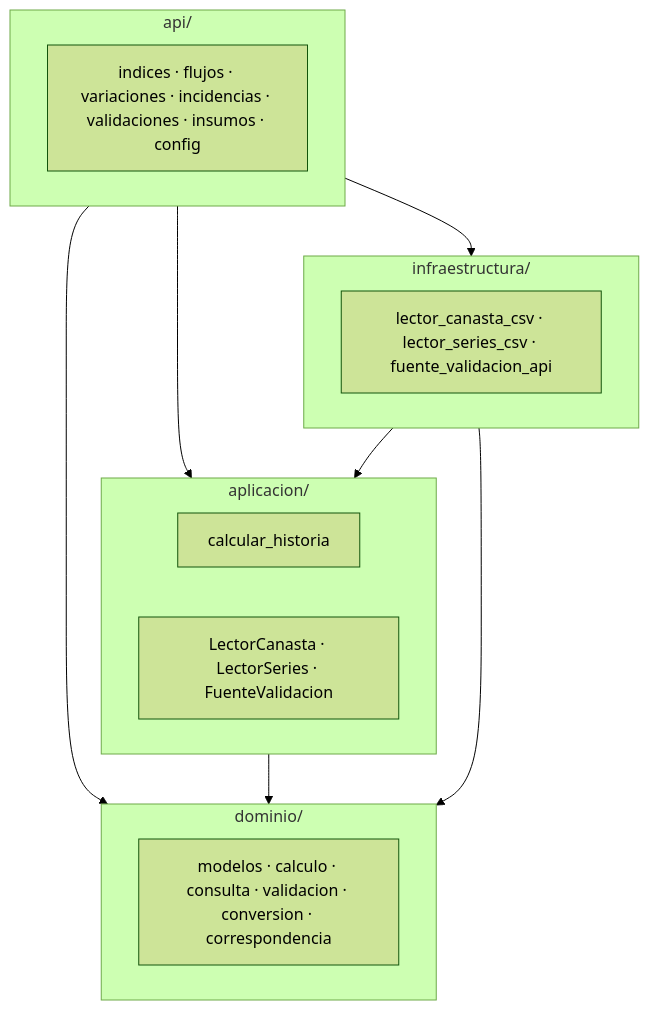
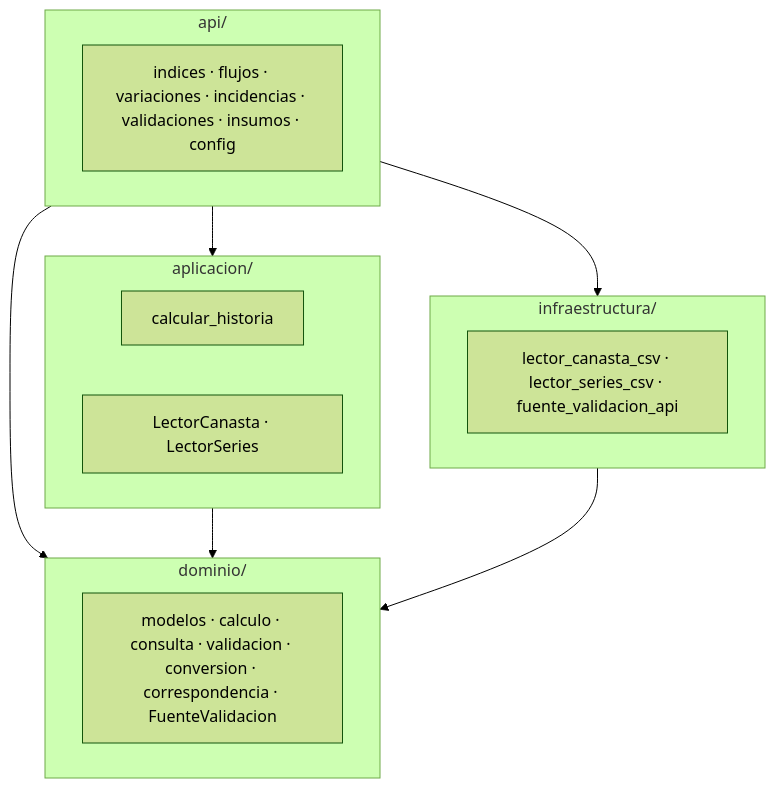
Before and after one commit to 2kom/replica-inpc-mx: the first of 2 diagrams in docs/diseñov2.md, drawn with Mermaid (forest theme). The commit also changed other lines of this file, not shown here.

````diff
--- a/docs/diseñov2.md
+++ b/docs/diseñov2.md
@@ -107,23 +107,22 @@
 ```mermaid
 graph TD
     subgraph API["api/"]
         A["indices · flujos · variaciones · incidencias · validaciones · insumos · config"]
     end
     subgraph APP["aplicacion/"]
         B["calcular_historia"]
-        C["LectorCanasta · LectorSeries · FuenteValidacion"]
+        C["LectorCanasta · LectorSeries"]
     end
     subgraph DOM["dominio/"]
-        D["modelos · calculo · consulta · validacion · conversion · correspondencia"]
+        D["modelos · calculo · consulta · validacion · conversion · correspondencia · FuenteValidacion"]
     end
     subgraph INFRA["infraestructura/"]
         E["lector_canasta_csv · lector_series_csv · fuente_validacion_api"]
     end
 
     API --> DOM
     API --> APP
     API --> INFRA
     APP --> DOM
-    INFRA --> APP
     INFRA --> DOM
 ```
````
